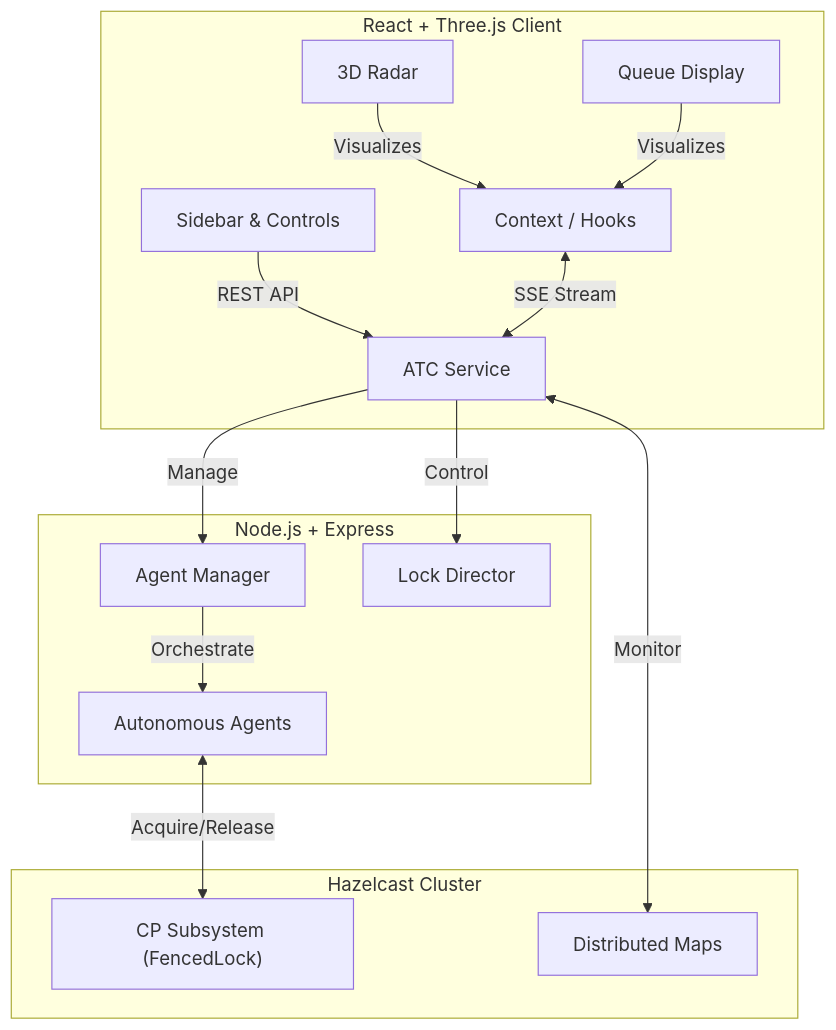
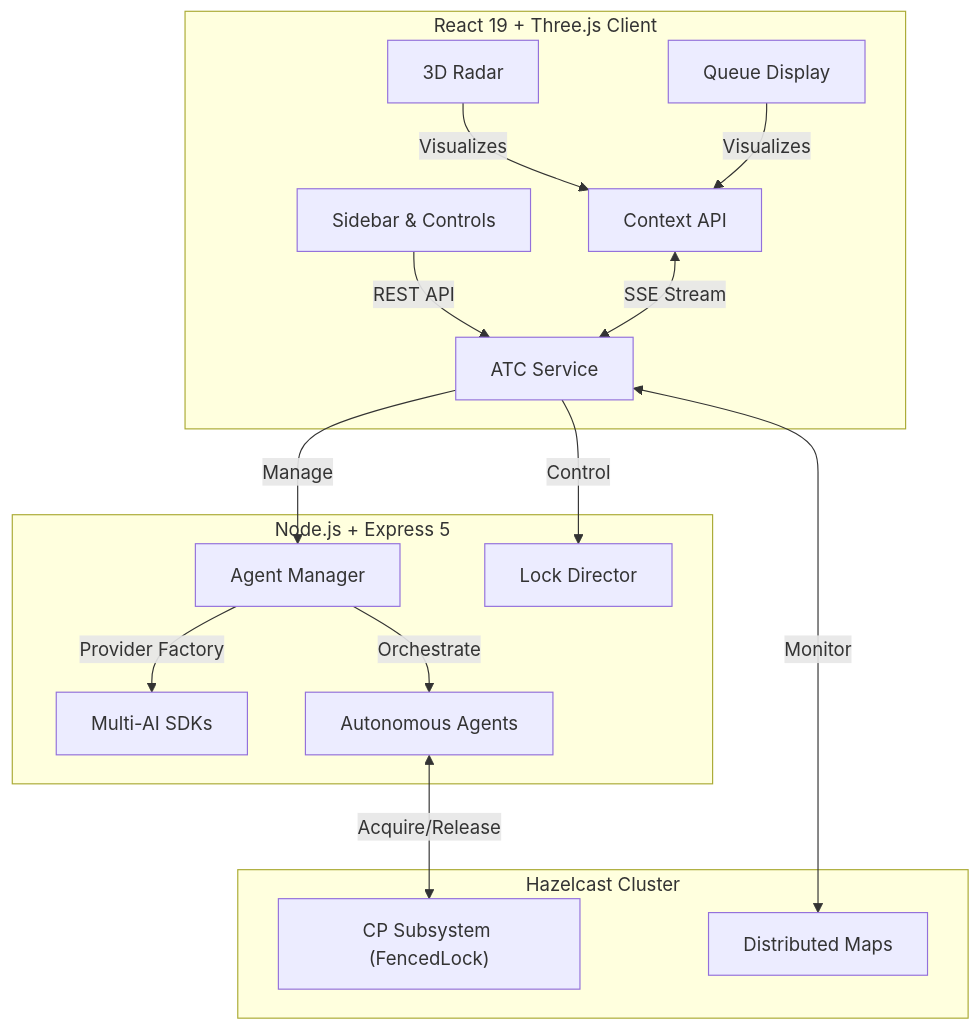
Before and after one commit to 209512/atc: the diagram in README.md, drawn with Mermaid. The commit also changed other lines of this file and 6 other files, not shown here.

````diff
--- a/README.md
+++ b/README.md
@@ -69,21 +76,22 @@
 ```mermaid
 graph TD
-    subgraph Frontend [React + Three.js Client]
+    subgraph Frontend [React 19 + Three.js Client]
         UI[Sidebar & Controls] -->|REST API| API
-        Radar[3D Radar] -->|Visualizes| Store
+        Radar[3D Radar] -->|Visualizes| Store[Context API]
         Queue[Queue Display] -->|Visualizes| Store
-        Store[Context / Hooks] <-->|"SSE Stream"| API
+        Store <-->|"SSE Stream"| API
     end
 
-    subgraph Backend [Node.js + Express]
+    subgraph Backend [Node.js + Express 5]
         API[ATC Service] -->|Manage| AM[Agent Manager]
         API -->|Control| LD[Lock Director]
+        AM -->|Provider Factory| AI[Multi-AI SDKs]
         AM -->|Orchestrate| Agent[Autonomous Agents]
     end
 
     subgraph Infrastructure [Hazelcast Cluster]
         Agent <-->|"Acquire/Release"| CP["CP Subsystem (FencedLock)"]
         API <-->|Monitor| Maps[Distributed Maps]
     end
 
 ```
````
